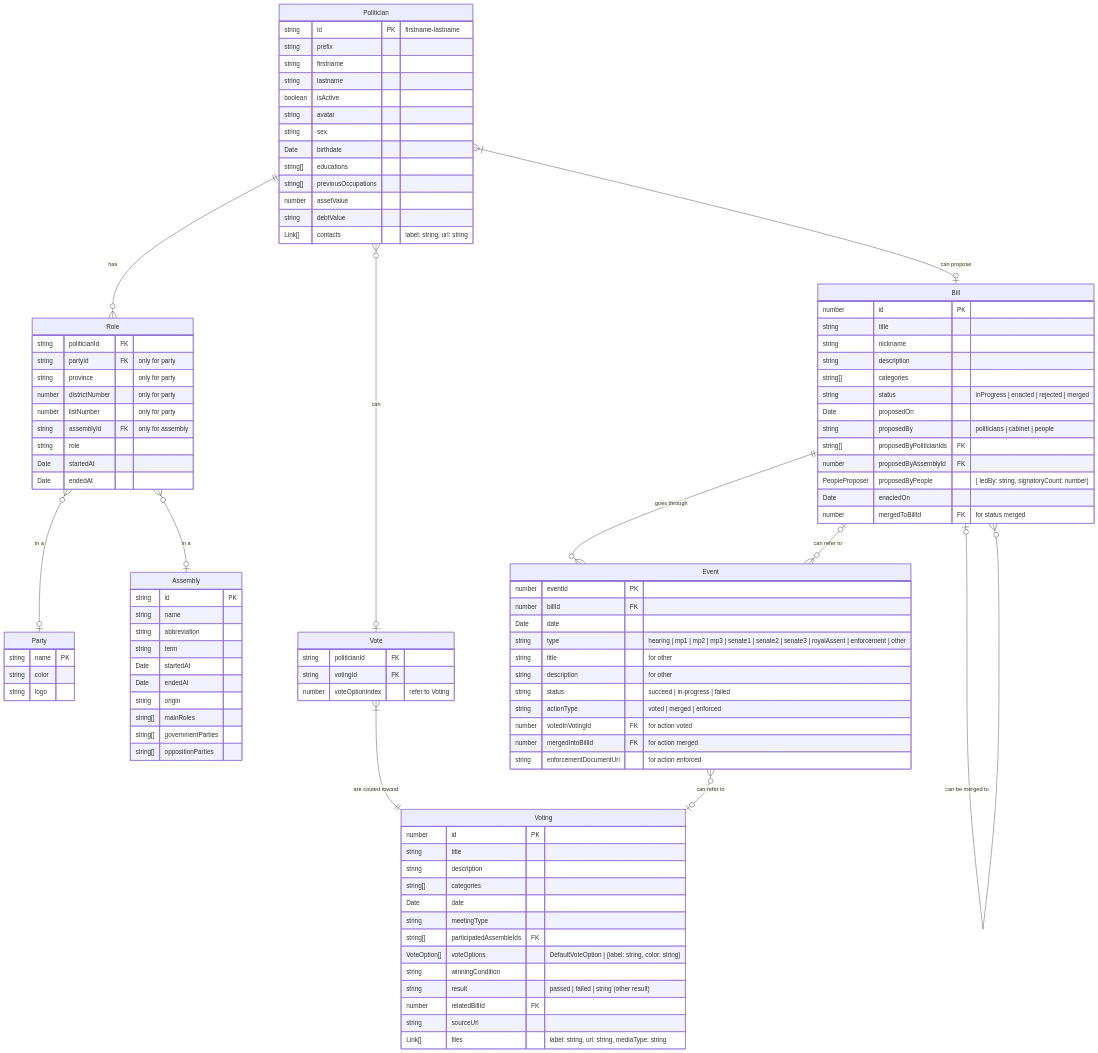
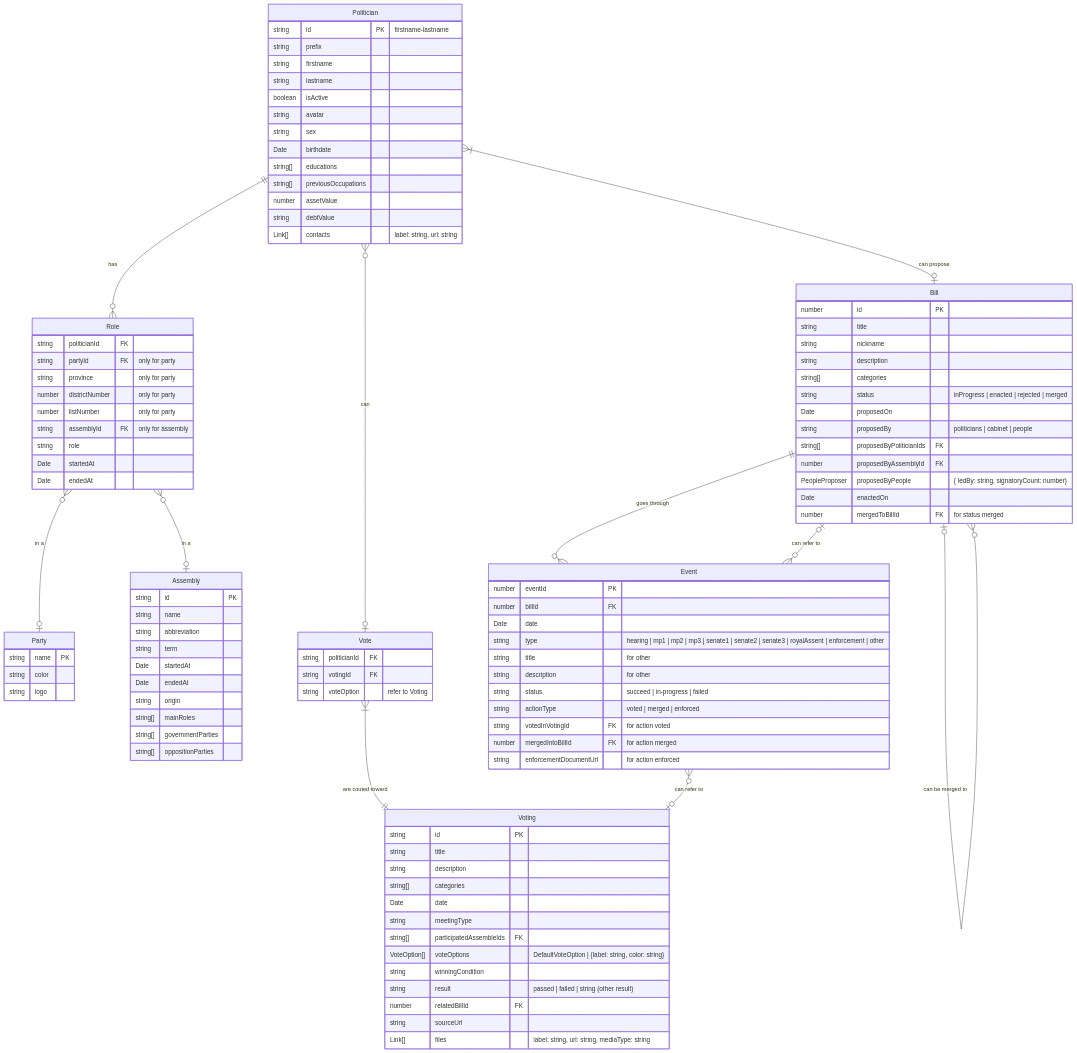
The diagram in src/models/README.md (wevisdemo/parliament-watch), drawn with Mermaid before and after one commit. The commit also changed 12 other files, not shown here.

Commit message:
feat(wev-99): add voting and vote schema and update type

```diff
--- a/src/models/README.md
+++ b/src/models/README.md
@@ -77,7 +77,7 @@
   }
 
   Voting {
-    number id PK
+    string id PK
     string title
     string description
     string[] categories
@@ -95,7 +95,7 @@
   Vote {
     string politicianId FK
     string votingId FK
-    number voteOptionIndex "refer to Voting"
+    string voteOption "refer to Voting"
   }
 
   Event {
@@ -107,7 +107,7 @@
     string description "for other"
     string status "succeed | in-progress | failed"
     string actionType "voted | merged | enforced"
-    number votedInVotingId FK "for action voted"
+    string votedInVotingId FK "for action voted"
     number mergedIntoBillId FK "for action merged"
     string enforcementDocumentUrl "for action enforced"
   }
```
